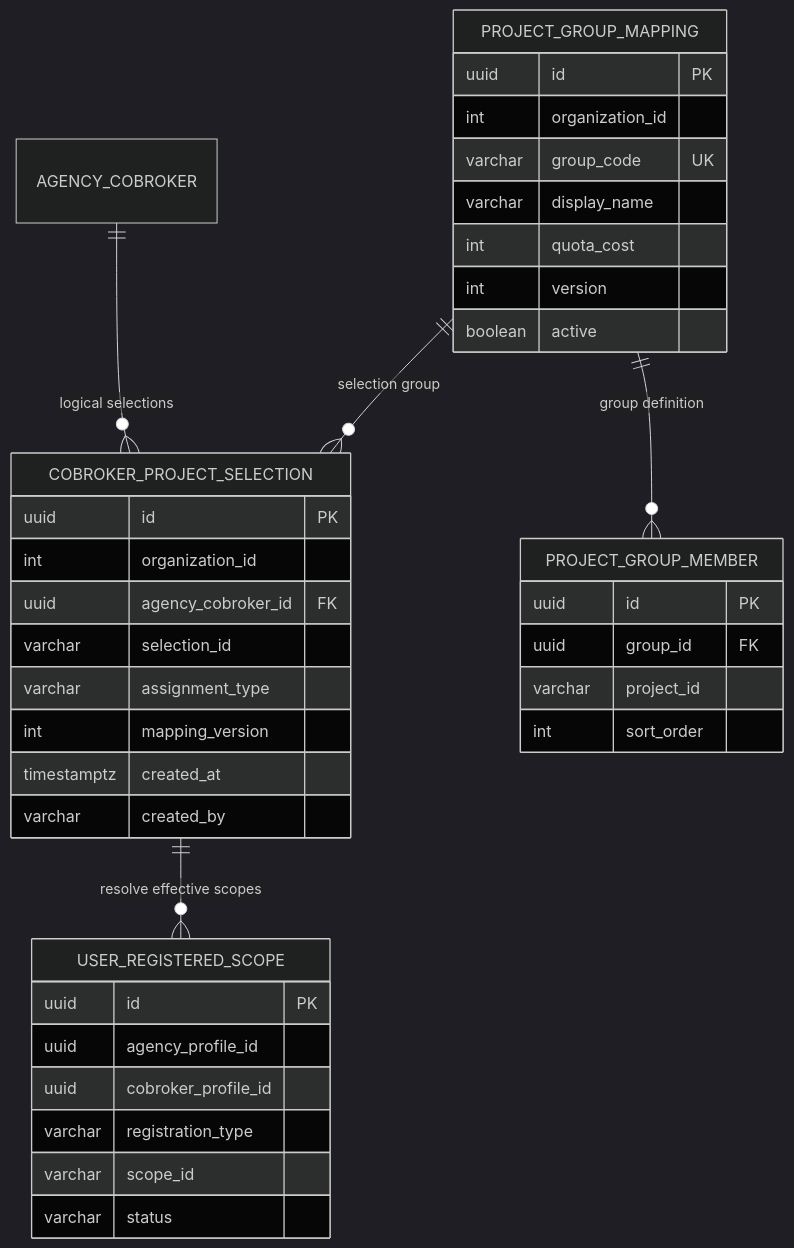
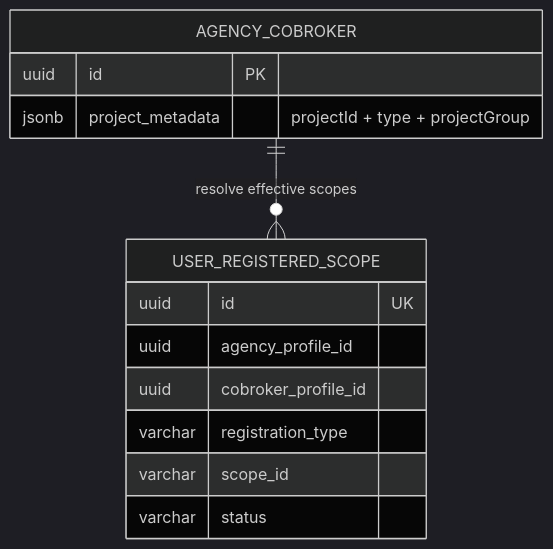
Before and after one commit to huynv-xyz/vhm: the seventh of 7 diagrams in database-erd.md, drawn with Mermaid (dark theme). The commit also changed other lines of this file, not shown here.

````diff
--- a/database-erd.md
+++ b/database-erd.md
@@ -628,44 +656,18 @@
 ```mermaid
 erDiagram
-    AGENCY_COBROKER ||--o{ COBROKER_PROJECT_SELECTION : "logical selections"
-    COBROKER_PROJECT_SELECTION ||--o{ USER_REGISTERED_SCOPE : "resolve effective scopes"
-    PROJECT_GROUP_MAPPING ||--o{ PROJECT_GROUP_MEMBER : "group definition"
-    PROJECT_GROUP_MAPPING ||--o{ COBROKER_PROJECT_SELECTION : "selection group"
+    AGENCY_COBROKER ||--o{ USER_REGISTERED_SCOPE : "resolve effective scopes"
 
-    COBROKER_PROJECT_SELECTION {
+    AGENCY_COBROKER {
         uuid id PK
-        int organization_id
-        uuid agency_cobroker_id FK
-        varchar selection_id
-        varchar assignment_type
-        int mapping_version
-        timestamptz created_at
-        varchar created_by
-    }
-
-    PROJECT_GROUP_MAPPING {
-        uuid id PK
-        int organization_id
-        varchar group_code UK
-        varchar display_name
-        int quota_cost
-        int version
-        boolean active
-    }
-
-    PROJECT_GROUP_MEMBER {
-        uuid id PK
-        uuid group_id FK
-        varchar project_id
-        int sort_order
+        jsonb project_metadata "projectId + type + projectGroup"
     }
 
     USER_REGISTERED_SCOPE {
-        uuid id PK
+        uuid id UK
         uuid agency_profile_id
         uuid cobroker_profile_id
         varchar registration_type
         varchar scope_id
         varchar status
     }
 ```
````
